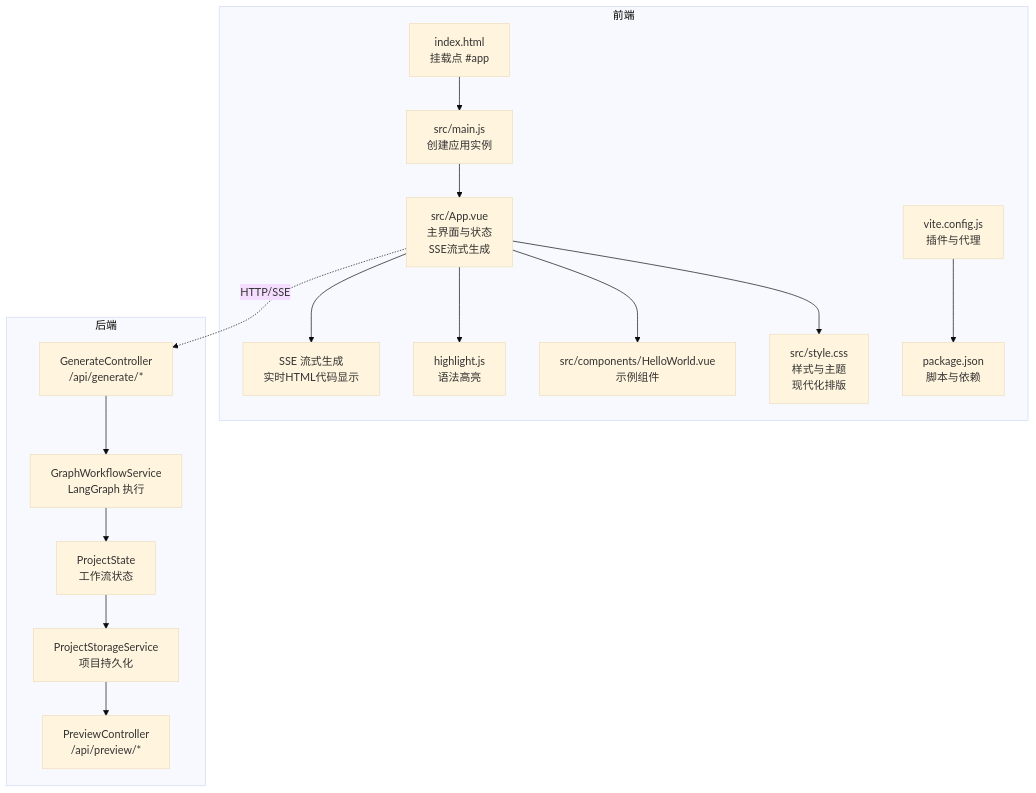
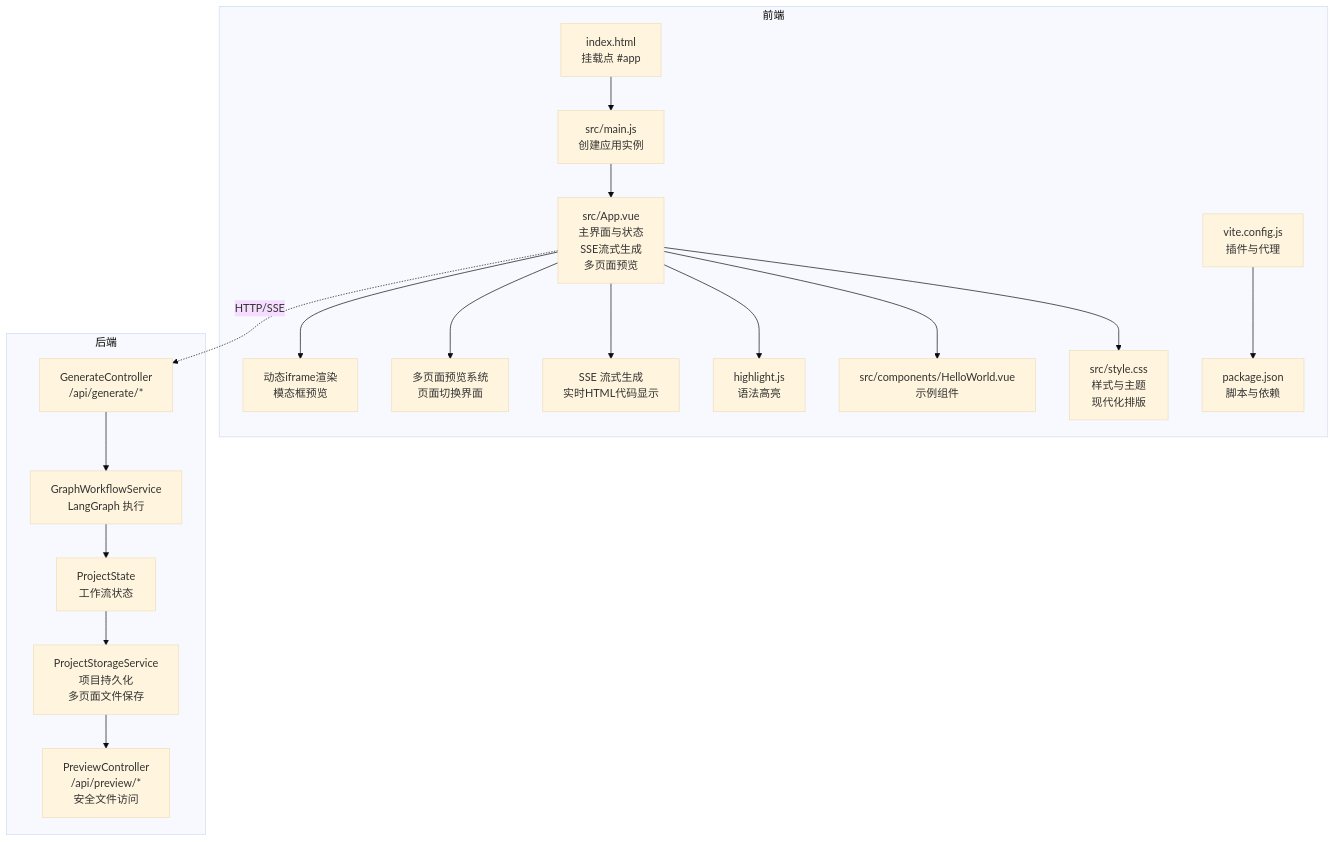
One commit to CyanYuKi/WebSiteFrontendCodeMother changed the first of 4 diagrams in .qoder/repowiki/zh/content/前端Vue.js应用.md. Above: the diagram before and after it, drawn with Mermaid (base theme). The commit also changed other lines of this file and 16 other files, not shown here.

````diff
--- a/.qoder/repowiki/zh/content/前端Vue.js应用.md
+++ b/.qoder/repowiki/zh/content/前端Vue.js应用.md
@@ -57,29 +60,33 @@
 ```mermaid
 graph TB
 subgraph "前端"
 A["index.html<br/>挂载点 #app"]
 B["src/main.js<br/>创建应用实例"]
-C["src/App.vue<br/>主界面与状态<br/>SSE流式生成"]
+C["src/App.vue<br/>主界面与状态<br/>SSE流式生成<br/>多页面预览"]
 D["src/style.css<br/>样式与主题<br/>现代化排版"]
 E["src/components/HelloWorld.vue<br/>示例组件"]
 F["vite.config.js<br/>插件与代理"]
 G["package.json<br/>脚本与依赖"]
 H["highlight.js<br/>语法高亮"]
 I["SSE 流式生成<br/>实时HTML代码显示"]
+J["多页面预览系统<br/>页面切换界面"]
+K["动态iframe渲染<br/>模态框预览"]
 end
 subgraph "后端"
-J["GenerateController<br/>/api/generate/*"]
-K["GraphWorkflowService<br/>LangGraph 执行"]
-L["ProjectState<br/>工作流状态"]
-M["ProjectStorageService<br/>项目持久化"]
-N["PreviewController<br/>/api/preview/*"]
+L["GenerateController<br/>/api/generate/*"]
+M["GraphWorkflowService<br/>LangGraph 执行"]
+N["ProjectState<br/>工作流状态"]
+O["ProjectStorageService<br/>项目持久化<br/>多页面文件保存"]
+P["PreviewController<br/>/api/preview/*<br/>安全文件访问"]
 end
 A --> B --> C
 C --> D
 C --> E
 C --> H
 C --> I
+C --> J
+C --> K
 F --> G
-C -.HTTP/SSE.-> J
-J --> K --> L --> M --> N
+C -.HTTP/SSE.-> L
+L --> M --> N --> O --> P
 ```
````
